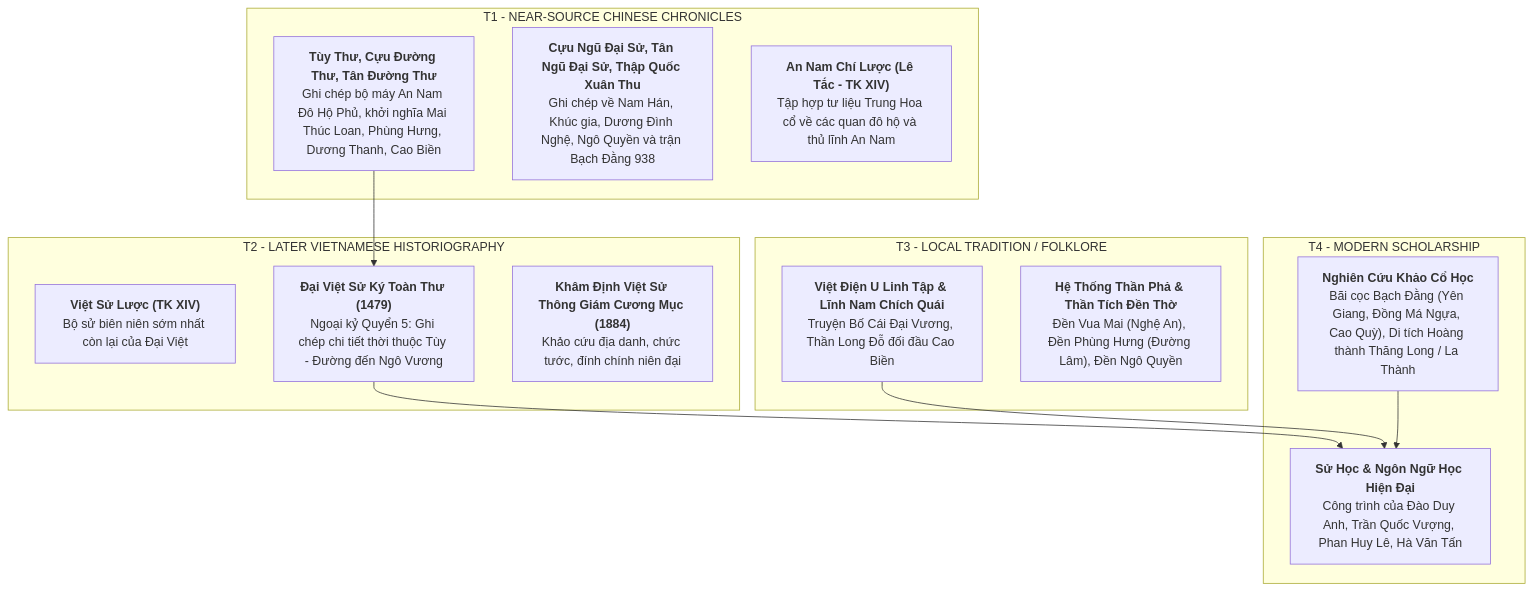
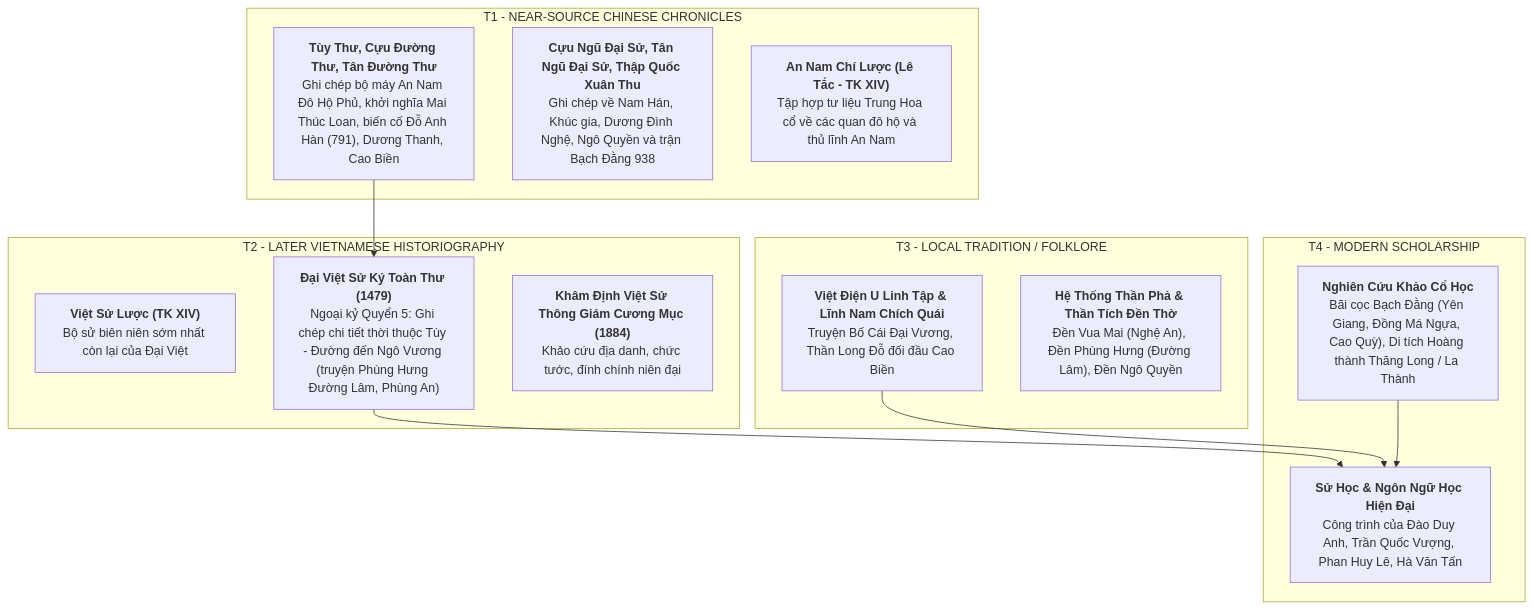
The diagram in docs/drafts/viet-su/602-938/sources.md (LightDucan/HuyenSu-TD), drawn with Mermaid before and after one commit. The commit also changed other lines of this file and 4 other files, not shown here.

````diff
--- a/docs/drafts/viet-su/602-938/sources.md
+++ b/docs/drafts/viet-su/602-938/sources.md
@@ -13,29 +13,29 @@
 ```mermaid
 graph TD
     subgraph T1 - NEAR-SOURCE CHINESE CHRONICLES
-        T1_1["<b>Tùy Thư, Cựu Đường Thư, Tân Đường Thư</b><br>Ghi chép bộ máy An Nam Đô Hộ Phủ, khởi nghĩa Mai Thúc Loan, Phùng Hưng, Dương Thanh, Cao Biền"]
+        T1_1["<b>Tùy Thư, Cựu Đường Thư, Tân Đường Thư</b><br>Ghi chép bộ máy An Nam Đô Hộ Phủ, khởi nghĩa Mai Thúc Loan, biến cố Đỗ Anh Hàn (791), Dương Thanh, Cao Biền"]
         T1_2["<b>Cựu Ngũ Đại Sử, Tân Ngũ Đại Sử, Thập Quốc Xuân Thu</b><br>Ghi chép về Nam Hán, Khúc gia, Dương Đình Nghệ, Ngô Quyền và trận Bạch Đằng 938"]
         T1_3["<b>An Nam Chí Lược (Lê Tắc - TK XIV)</b><br>Tập hợp tư liệu Trung Hoa cổ về các quan đô hộ và thủ lĩnh An Nam"]
     end
 
     subgraph T2 - LATER VIETNAMESE HISTORIOGRAPHY
         T2_1["<b>Việt Sử Lược (TK XIV)</b><br>Bộ sử biên niên sớm nhất còn lại của Đại Việt"]
-        T2_2["<b>Đại Việt Sử Ký Toàn Thư (1479)</b><br>Ngoại kỷ Quyển 5: Ghi chép chi tiết thời thuộc Tùy - Đường đến Ngô Vương"]
+        T2_2["<b>Đại Việt Sử Ký Toàn Thư (1479)</b><br>Ngoại kỷ Quyển 5: Ghi chép chi tiết thời thuộc Tùy - Đường đến Ngô Vương (truyện Phùng Hưng Đường Lâm, Phùng An)"]
         T2_3["<b>Khâm Định Việt Sử Thông Giám Cương Mục (1884)</b><br>Khảo cứu địa danh, chức tước, đính chính niên đại"]
     end
 
     subgraph T3 - LOCAL TRADITION / FOLKLORE
         T3_1["<b>Việt Điện U Linh Tập & Lĩnh Nam Chích Quái</b><br>Truyện Bố Cái Đại Vương, Thần Long Đỗ đối đầu Cao Biền"]
         T3_2["<b>Hệ Thống Thần Phả & Thần Tích Đền Thờ</b><br>Đền Vua Mai (Nghệ An), Đền Phùng Hưng (Đường Lâm), Đền Ngô Quyền"]
     end
 
     subgraph T4 - MODERN SCHOLARSHIP
         T4_1["<b>Nghiên Cứu Khảo Cổ Học</b><br>Bãi cọc Bạch Đằng (Yên Giang, Đồng Má Ngựa, Cao Quỳ), Di tích Hoàng thành Thăng Long / La Thành"]
         T4_2["<b>Sử Học & Ngôn Ngữ Học Hiện Đại</b><br>Công trình của Đào Duy Anh, Trần Quốc Vượng, Phan Huy Lê, Hà Văn Tấn"]
     end
 
     T1_1 --> T2_2
     T2_2 --> T4_2
     T3_1 --> T4_2
     T4_1 --> T4_2
 ```
````
